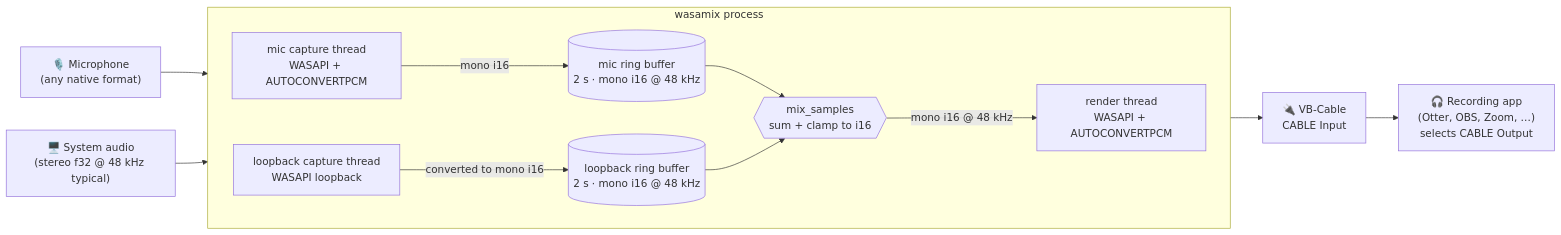
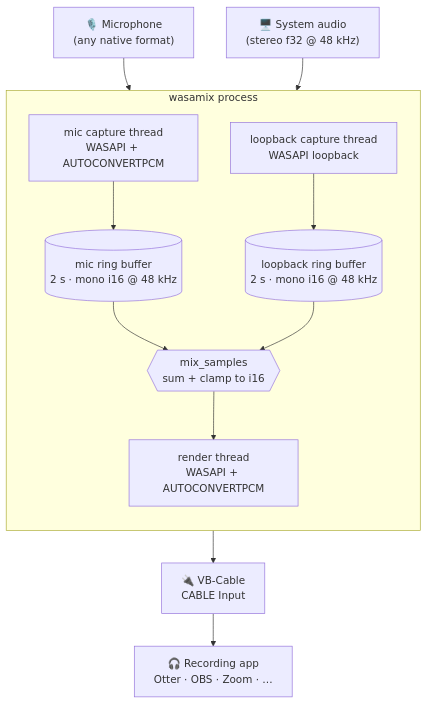
Before and after one commit to ytchenak/wasamix: the diagram in README.md, drawn with Mermaid.

Commit message:
docs(readme): orient mermaid diagram top-to-bottom
GitHub's mermaid viewer overlays pan/zoom controls in the top-right and
middle-right; a wide LR diagram sits under those controls. Switching to
TB makes the diagram tall and narrow, leaving the right margin free for
the overlay.

````diff
--- a/README.md
+++ b/README.md
@@ -60,29 +60,29 @@
 ```mermaid
-flowchart LR
+flowchart TB
     MIC["🎙️ Microphone<br/>(any native format)"]
-    SYS["🖥️ System audio<br/>(stereo f32 @ 48 kHz typical)"]
+    SYS["🖥️ System audio<br/>(stereo f32 @ 48 kHz)"]
 
     subgraph WASAMIX["wasamix process"]
-        direction LR
+        direction TB
         MCAP["mic capture thread<br/>WASAPI + AUTOCONVERTPCM"]
         LCAP["loopback capture thread<br/>WASAPI loopback"]
         MBUF[("mic ring buffer<br/>2 s · mono i16 @ 48 kHz")]
         LBUF[("loopback ring buffer<br/>2 s · mono i16 @ 48 kHz")]
         MIX{{"mix_samples<br/>sum + clamp to i16"}}
         REND["render thread<br/>WASAPI + AUTOCONVERTPCM"]
 
-        MCAP -->|mono i16| MBUF
-        LCAP -->|converted to mono i16| LBUF
+        MCAP --> MBUF
+        LCAP --> LBUF
         MBUF --> MIX
         LBUF --> MIX
-        MIX -->|mono i16 @ 48 kHz| REND
+        MIX --> REND
     end
 
     CABLE["🔌 VB-Cable<br/>CABLE Input"]
-    APP["🎧 Recording app<br/>(Otter, OBS, Zoom, …)<br/>selects CABLE Output"]
+    APP["🎧 Recording app<br/>Otter · OBS · Zoom · …"]
 
     MIC --> MCAP
     SYS --> LCAP
     REND --> CABLE
     CABLE --> APP
 ```
````
